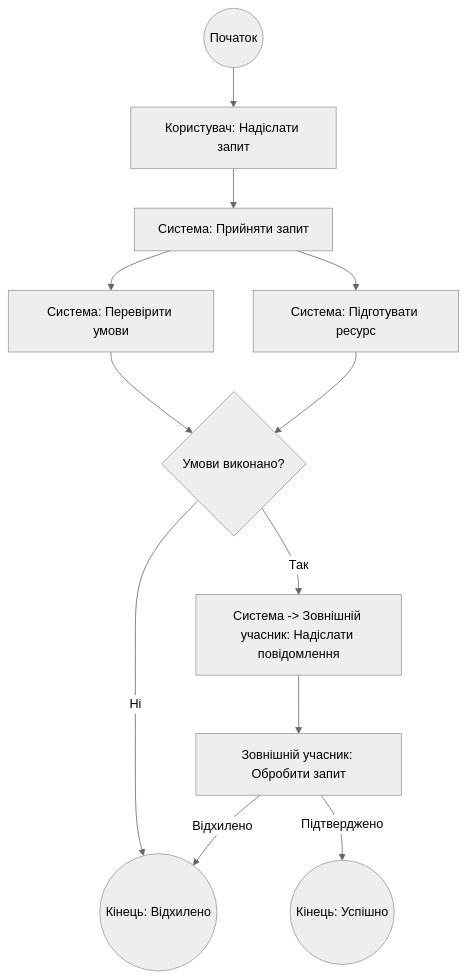
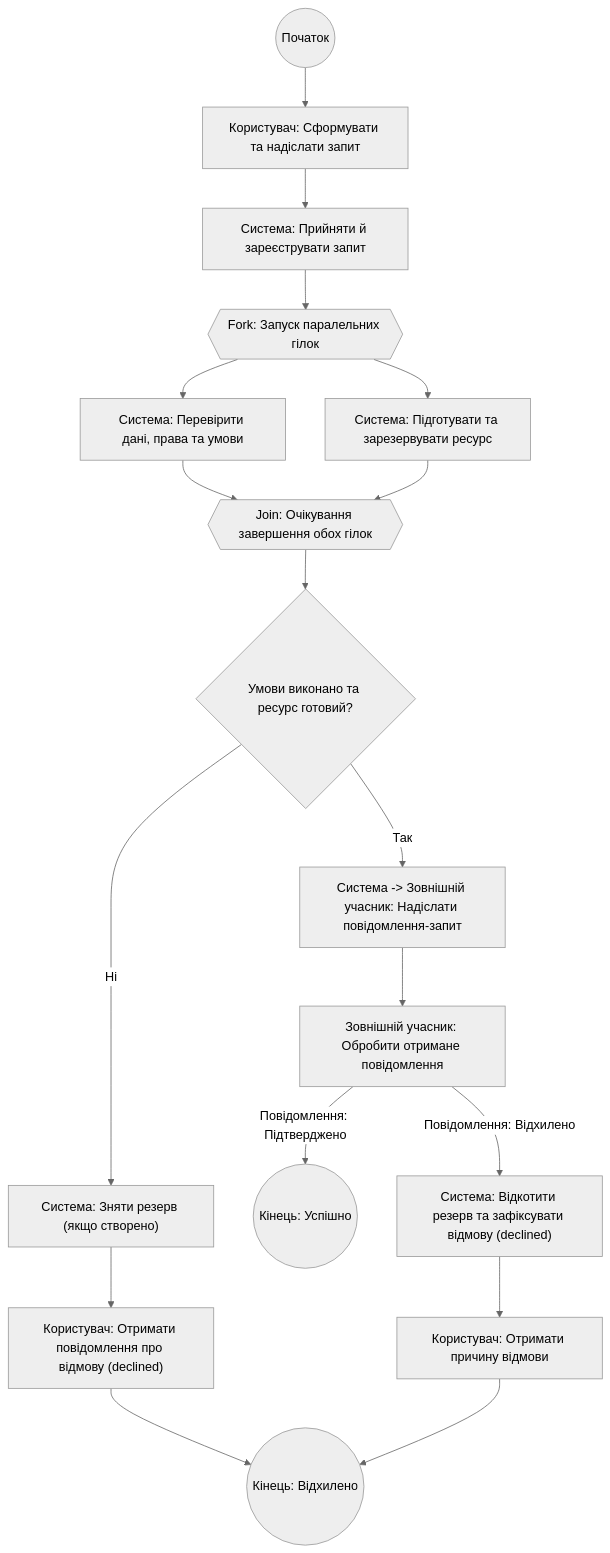
One commit to fntksnd11/-Requirements-Modeling-and-Analysis changed the diagram in lab4/model.md. Above: the diagram before and after it, drawn with Mermaid (neutral theme).

Commit message:
Update activity diagram for business process model

````diff
--- a/lab4/model.md
+++ b/lab4/model.md
@@ -3,14 +3,24 @@
 ```mermaid
 flowchart TD
-    Start((Початок)) --> U1["Користувач: Надіслати запит"]
-    U1 --> S1["Система: Прийняти запит"]
-    S1 --> P1["Система: Перевірити умови"]
-    S1 --> P2["Система: Підготувати ресурс"]
-    P1 --> Dec1{"Умови виконано?"}
-    P2 --> Dec1
-    Dec1 -- "Ні" --> EndDeclined((Кінець: Відхилено))
-    Dec1 -- "Так" --> SendMsg["Система -> Зовнішній учасник: Надіслати повідомлення"]
-    SendMsg --> ExtProc["Зовнішній учасник: Обробити запит"]
-    ExtProc -- "Підтверджено" --> EndMain((Кінець: Успішно))
-    ExtProc -- "Відхилено" --> EndDeclined
+    Start((Початок)) --> U1["Користувач: Сформувати та надіслати запит"]
+    U1 --> S1["Система: Прийняти й зареєструвати запит"]
+
+    S1 --> Fork1{{"Fork: Запуск паралельних гілок"}}
+    Fork1 --> P1["Система: Перевірити дані, права та умови"]
+    Fork1 --> P2["Система: Підготувати та зарезервувати ресурс"]
+
+    P1 --> Join1{{"Join: Очікування завершення обох гілок"}}
+    P2 --> Join1
+
+    Join1 --> Dec1{"Умови виконано та ресурс готовий?"}
+    Dec1 -- "Ні" --> Roll1["Система: Зняти резерв (якщо створено)"]
+    Roll1 --> U_Dec1["Користувач: Отримати повідомлення про відмову (declined)"]
+    U_Dec1 --> End_Declined((Кінець: Відхилено))
+
+    Dec1 -- "Так" --> SendMsg["Система -> Зовнішній учасник: Надіслати повідомлення-запит"]
+    SendMsg --> ExtProc["Зовнішній учасник: Обробити отримане повідомлення"]
+    ExtProc -- "Повідомлення: Підтверджено" --> End_Main((Кінець: Успішно))
+    ExtProc -- "Повідомлення: Відхилено" --> Roll2["Система: Відкотити резерв та зафіксувати відмову (declined)"]
+    Roll2 --> U_Dec2["Користувач: Отримати причину відмови"]
+    U_Dec2 --> End_Declined
 ```
````
